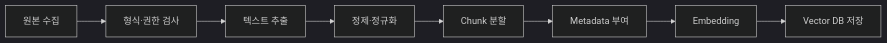
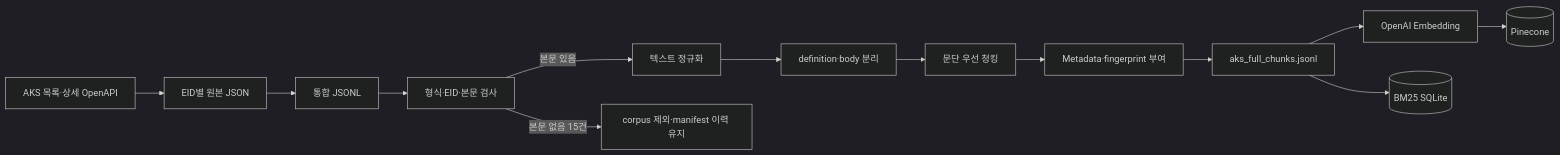
Before and after one commit to SpicyAutumn/SKN33-3rd-1Team: the diagram in docs/02_data_preprocessing_report.md, drawn with Mermaid (dark theme). The commit also changed other lines of this file and 5 other files, not shown here.

````diff
--- a/docs/02_data_preprocessing_report.md
+++ b/docs/02_data_preprocessing_report.md
@@ -35,10 +82,15 @@
 ```mermaid
 flowchart LR
-    A[원본 수집] --> B[형식·권한 검사]
-    B --> C[텍스트 추출]
-    C --> D[정제·정규화]
-    D --> E[Chunk 분할]
-    E --> F[Metadata 부여]
-    F --> G[Embedding]
-    G --> H[Vector DB 저장]
+    A[AKS 목록·상세 OpenAPI] --> B[EID별 원본 JSON]
+    B --> C[통합 JSONL]
+    C --> D[형식·EID·본문 검사]
+    D -->|본문 있음| E[텍스트 정규화]
+    D -->|본문 없음 15건| X[corpus 제외·manifest 이력 유지]
+    E --> F[definition·body 분리]
+    F --> G[문단 우선 청킹]
+    G --> H[Metadata·fingerprint 부여]
+    H --> I[aks_full_chunks.jsonl]
+    I --> J[OpenAI Embedding]
+    J --> K[(Pinecone)]
+    I --> L[(BM25 SQLite)]
 ```
````
